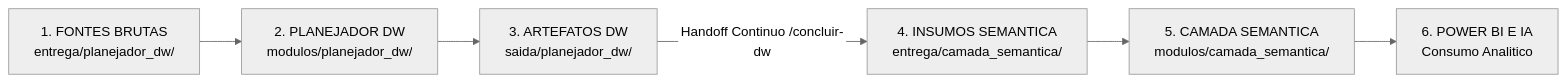
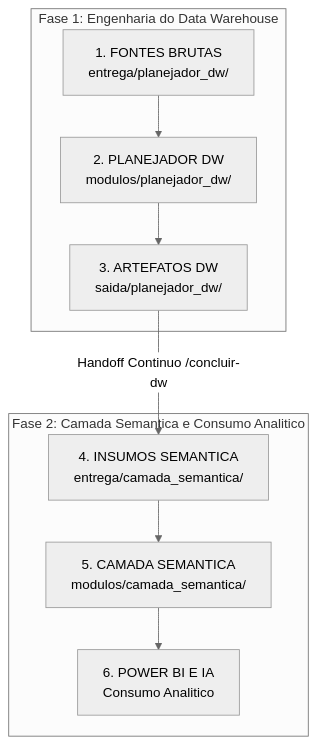
One commit to jef-prodeb01/NINHO.03 changed the diagram in README.md. Above: the diagram before and after it, drawn with Mermaid (neutral theme). The commit also changed other lines of this file and 4 other files, not shown here.

Commit message:
style(docs): ajusta diagramas Mermaid para orientacao vertical (graph TD) e largura da arvore no GitLab

````diff
--- a/README.md
+++ b/README.md
@@ -152,8 +152,14 @@
 ```mermaid
-graph LR
-    A["1. FONTES BRUTAS<br/>entrega/planejador_dw/"] --> B["2. PLANEJADOR DW<br/>modulos/planejador_dw/"]
-    B --> C["3. ARTEFATOS DW<br/>saida/planejador_dw/"]
-    C -->|Handoff Continuo /concluir-dw| D["4. INSUMOS SEMANTICA<br/>entrega/camada_semantica/"]
-    D --> E["5. CAMADA SEMANTICA<br/>modulos/camada_semantica/"]
-    E --> F["6. POWER BI E IA<br/>Consumo Analitico"]
+graph TD
+    subgraph "Fase 1: Engenharia do Data Warehouse"
+        A["1. FONTES BRUTAS<br/>entrega/planejador_dw/"] --> B["2. PLANEJADOR DW<br/>modulos/planejador_dw/"]
+        B --> C["3. ARTEFATOS DW<br/>saida/planejador_dw/"]
+    end
+
+    subgraph "Fase 2: Camada Semantica e Consumo Analitico"
+        D["4. INSUMOS SEMANTICA<br/>entrega/camada_semantica/"] --> E["5. CAMADA SEMANTICA<br/>modulos/camada_semantica/"]
+        E --> F["6. POWER BI E IA<br/>Consumo Analitico"]
+    end
+
+    C -->|Handoff Continuo /concluir-dw| D
 ```
````
